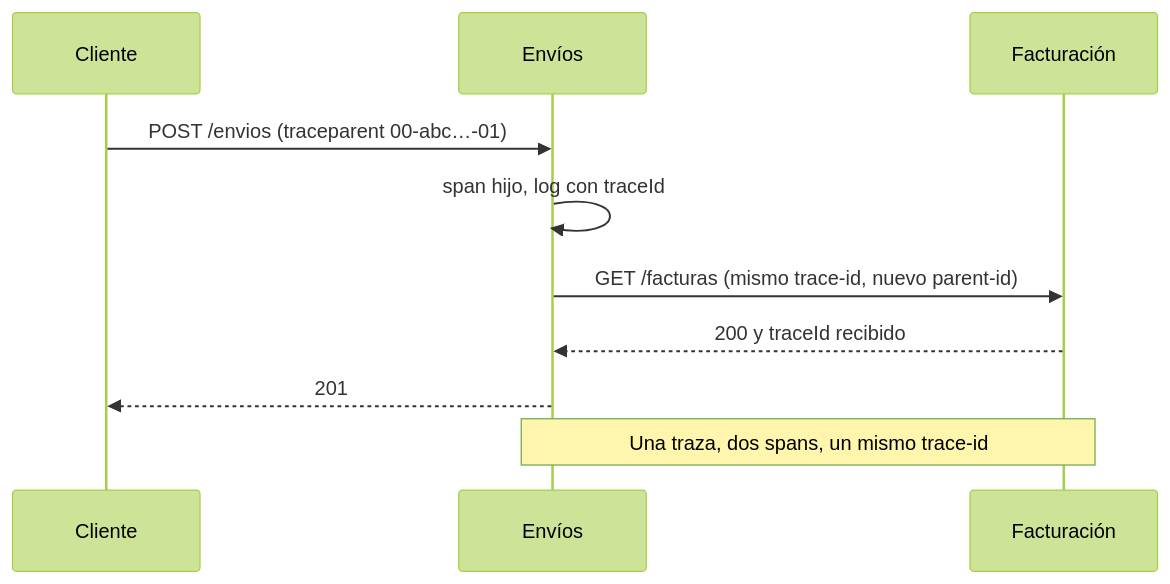
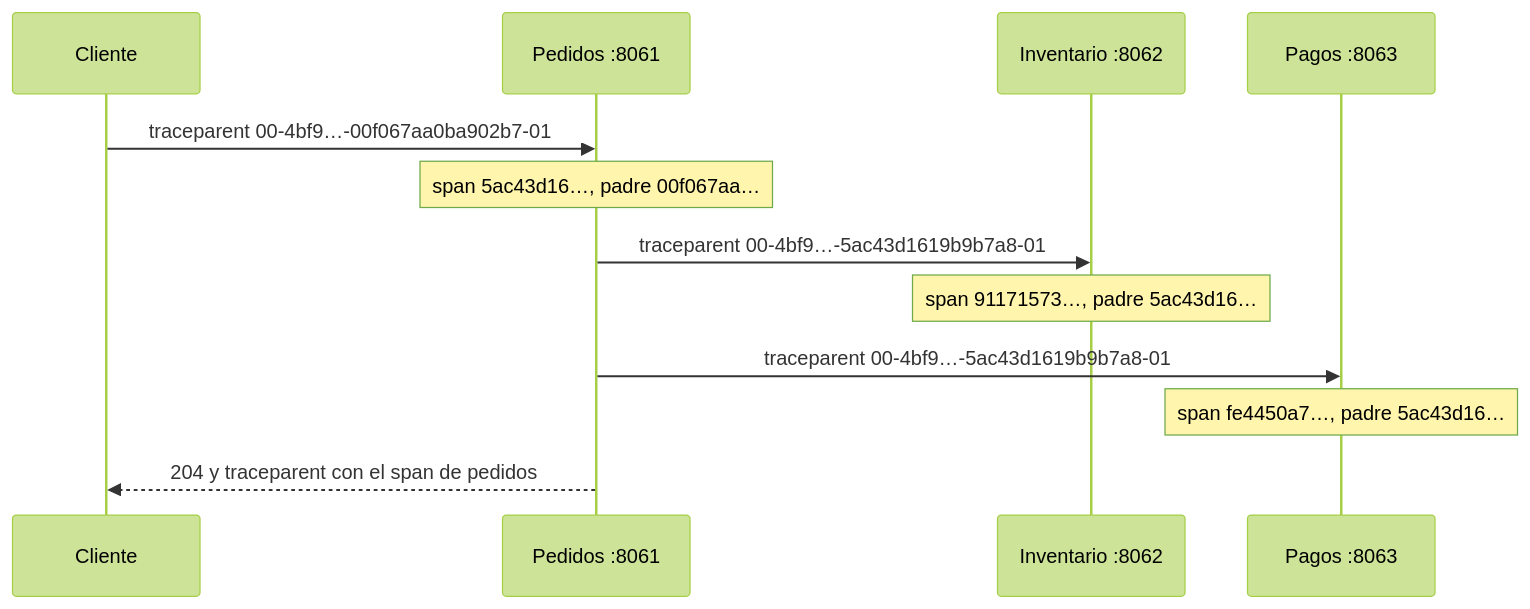
Before and after one commit to NICORUIZ93/The_Imperial_Book: the fourth of 4 diagrams in web/public/content/arquitectura/modulo-4.md, drawn with Mermaid (forest theme). The commit also changed other lines of this file and 3 other files, not shown here.

````diff
--- a/web/public/content/arquitectura/modulo-4.md
+++ b/web/public/content/arquitectura/modulo-4.md
@@ -344,12 +1304,14 @@
 ```mermaid
 sequenceDiagram
-  participant C as Cliente
-  participant E as Envíos
-  participant F as Facturación
-  C->>E: POST /envios (traceparent 00-abc…-01)
-  E->>E: span hijo, log con traceId
-  E->>F: GET /facturas (mismo trace-id, nuevo parent-id)
-  F-->>E: 200 y traceId recibido
-  E-->>C: 201
-  Note over E,F: Una traza, dos spans, un mismo trace-id
+    participant C as Cliente
+    participant P as Pedidos :8061
+    participant I as Inventario :8062
+    participant G as Pagos :8063
+    C->>P: traceparent 00-4bf9…-00f067aa0ba902b7-01
+    Note over P: span 5ac43d16…, padre 00f067aa…
+    P->>I: traceparent 00-4bf9…-5ac43d1619b9b7a8-01
+    Note over I: span 91171573…, padre 5ac43d16…
+    P->>G: traceparent 00-4bf9…-5ac43d1619b9b7a8-01
+    Note over G: span fe4450a7…, padre 5ac43d16…
+    P-->>C: 204 y traceparent con el span de pedidos
 ```
````
